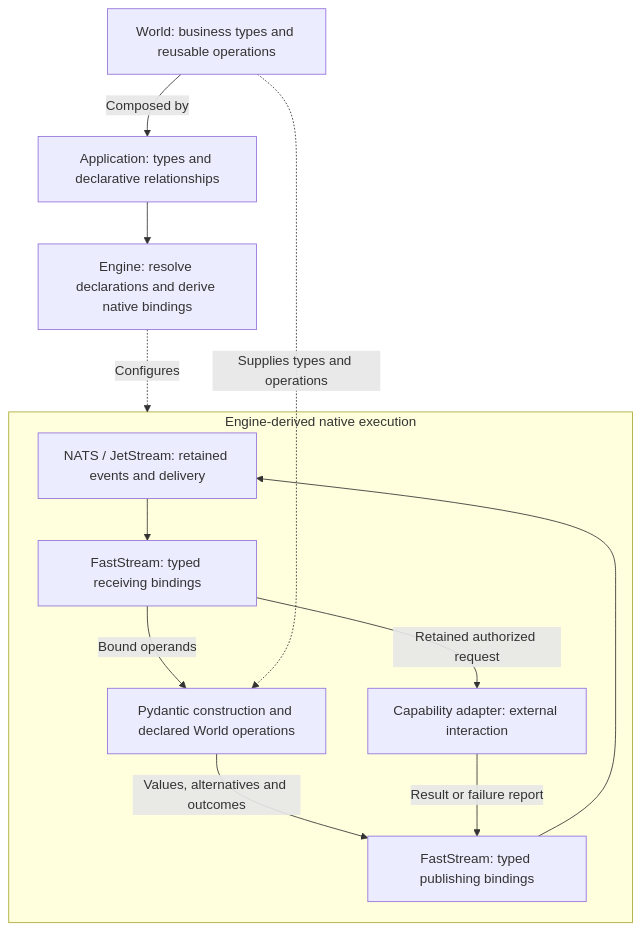
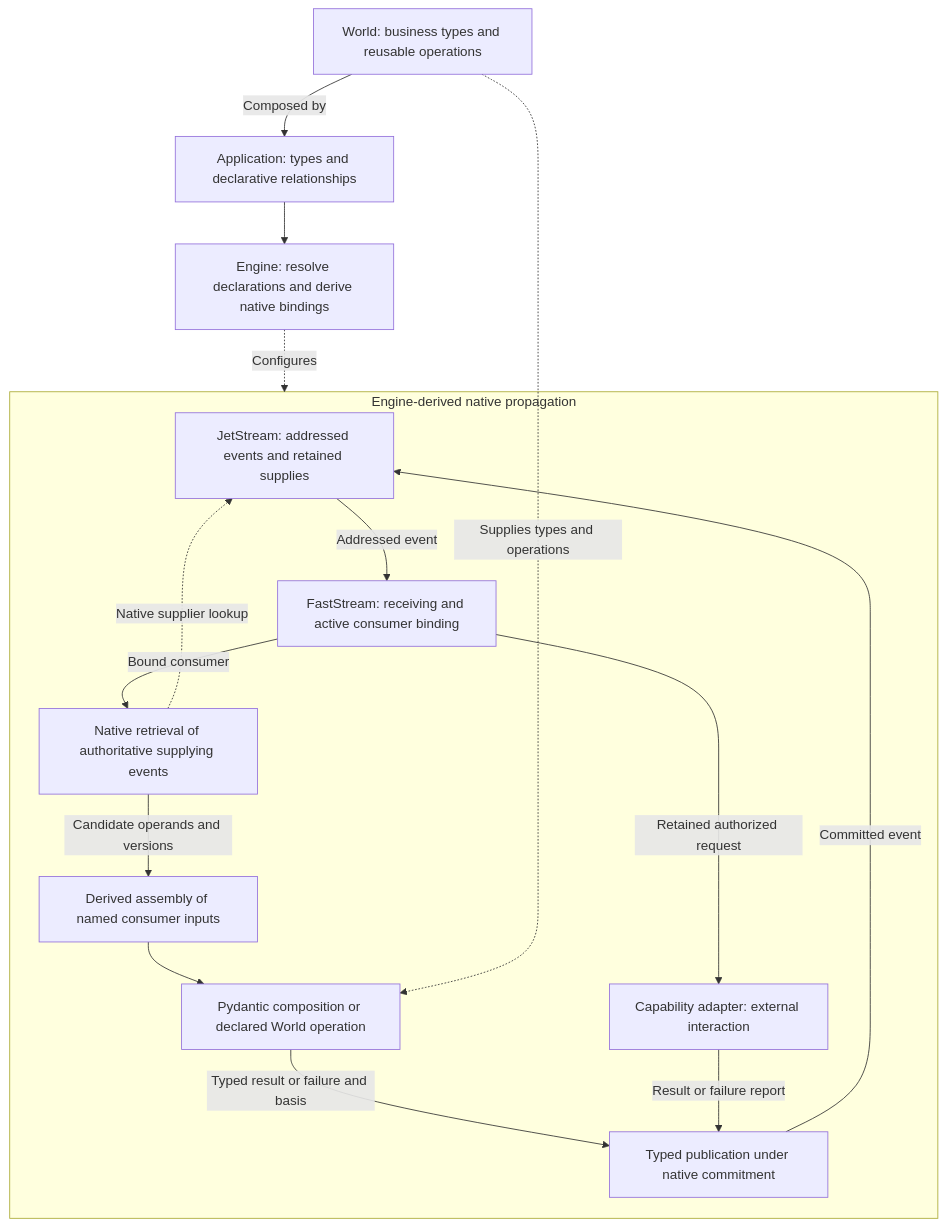
Before and after one commit to kylejtobin/tca: the diagram in docs/architecture/DESIGN.md, drawn with Mermaid. The commit also changed other lines of this file, not shown here.

First line of the commit message:
docs(architecture): Specify native construction propagation

````diff
--- a/docs/architecture/DESIGN.md
+++ b/docs/architecture/DESIGN.md
@@ -16,26 +16,31 @@
 ```mermaid
 flowchart TB
     WORLD["World: business types and reusable operations"]
     MODEL["Application: types and declarative relationships"]
     BIND["Engine: resolve declarations and derive native bindings"]
     WORLD -->|"Composed by"| MODEL
     MODEL --> BIND
 
-    subgraph EXECUTION["Engine-derived native execution"]
-        NATS["NATS / JetStream: retained events and delivery"]
-        RECEIVE["FastStream: typed receiving bindings"]
-        BUILD["Pydantic construction and declared World operations"]
-        PUBLISH["FastStream: typed publishing bindings"]
+    subgraph EXECUTION["Engine-derived native propagation"]
+        NATS["JetStream: addressed events and retained supplies"]
+        RECEIVE["FastStream: receiving and active consumer binding"]
+        READ["Native retrieval of authoritative supplying events"]
+        ASSEMBLE["Derived assembly of named consumer inputs"]
+        BUILD["Pydantic composition or declared World operation"]
+        PUBLISH["Typed publication under native commitment"]
         CAP["Capability adapter: external interaction"]
 
-        NATS --> RECEIVE
-        RECEIVE -->|"Bound operands"| BUILD
-        BUILD -->|"Values, alternatives and outcomes"| PUBLISH
-        PUBLISH --> NATS
+        NATS -->|"Addressed event"| RECEIVE
+        RECEIVE -->|"Bound consumer"| READ
+        READ -->|"Candidate operands and versions"| ASSEMBLE
+        ASSEMBLE --> BUILD
+        BUILD -->|"Typed result or failure and basis"| PUBLISH
+        PUBLISH -->|"Committed event"| NATS
+        READ -.->|"Native supplier lookup"| NATS
         RECEIVE -->|"Retained authorized request"| CAP
         CAP -->|"Result or failure report"| PUBLISH
     end
 
     WORLD -.->|"Supplies types and operations"| BUILD
     BIND -.->|"Configures"| EXECUTION
 ```
````
